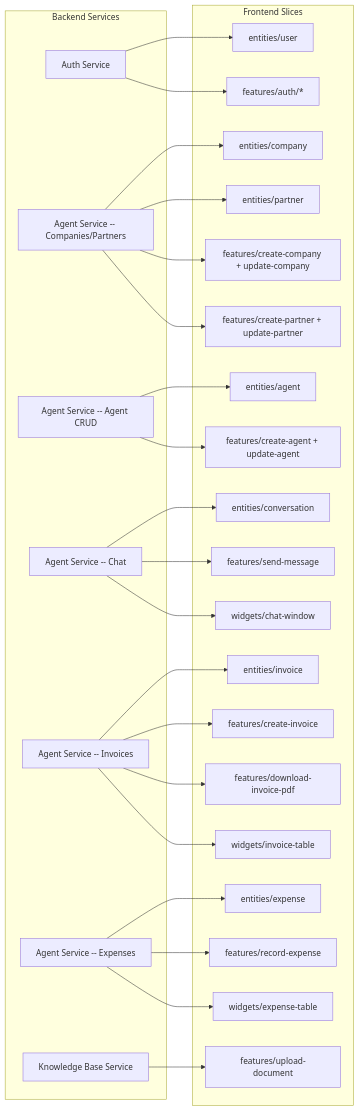
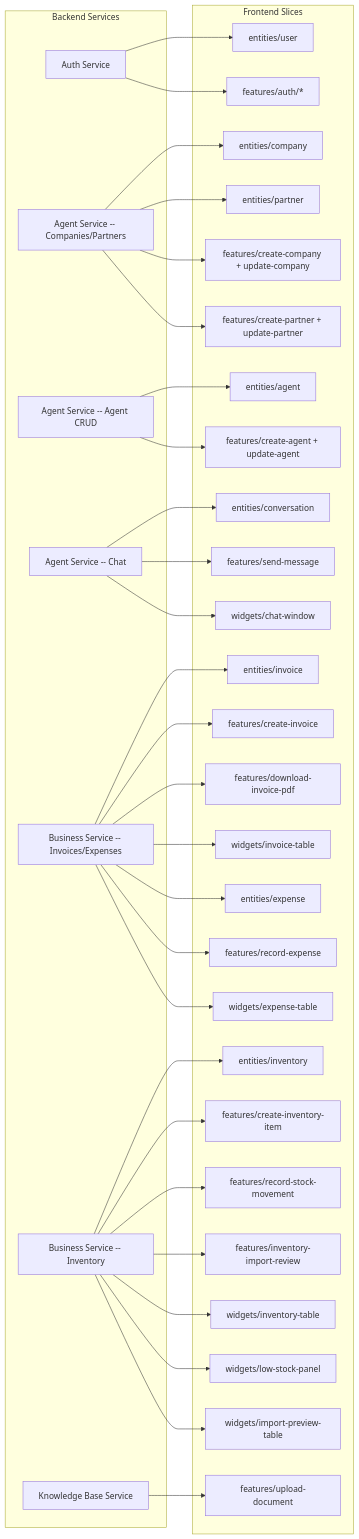
The third of 7 diagrams in docs/frontend/architecture.md (valiobar/agents), drawn with Mermaid before and after one commit. The commit also changed other lines of this file and 251 other files, not shown here.

First line of the commit message:
Add Inventory and Router Agent documentation

````diff
--- a/docs/frontend/architecture.md
+++ b/docs/frontend/architecture.md
@@ -246,54 +270,68 @@
 ```mermaid
 graph LR
     subgraph backend [Backend Services]
         AuthSvc[Auth Service]
         AgentSvcCompanies[Agent Service -- Companies/Partners]
         AgentSvcCRUD[Agent Service -- Agent CRUD]
         AgentSvcChat[Agent Service -- Chat]
-        AgentSvcInv[Agent Service -- Invoices]
-        AgentSvcExp[Agent Service -- Expenses]
+        BusinessSvcFin[Business Service -- Invoices/Expenses]
+        BusinessSvcInv[Business Service -- Inventory]
         KBSvc[Knowledge Base Service]
     end
 
     subgraph frontend [Frontend Slices]
         EntUser["entities/user"]
         FeatAuth["features/auth/*"]
         EntCompany["entities/company"]
         EntPartner["entities/partner"]
         FeatCompany["features/create-company + update-company"]
         FeatPartner["features/create-partner + update-partner"]
         EntAgent["entities/agent"]
         FeatAgentCrud["features/create-agent + update-agent"]
         EntConv["entities/conversation"]
         FeatSendMsg["features/send-message"]
         WidgetChat["widgets/chat-window"]
         EntInvoice["entities/invoice"]
         FeatCreateInv["features/create-invoice"]
         FeatDownloadInvPdf["features/download-invoice-pdf"]
         WidgetInvTable["widgets/invoice-table"]
         EntExpense["entities/expense"]
         FeatRecordExp["features/record-expense"]
         WidgetExpTable["widgets/expense-table"]
+        EntInventory["entities/inventory"]
+        FeatCreateInventory["features/create-inventory-item"]
+        FeatRecordMovement["features/record-stock-movement"]
+        FeatImportReview["features/inventory-import-review"]
+        WidgetInventoryTable["widgets/inventory-table"]
+        WidgetLowStock["widgets/low-stock-panel"]
+        WidgetImportPreview["widgets/import-preview-table"]
         FeatUploadDoc["features/upload-document"]
     end
 
     AuthSvc --> EntUser
     AuthSvc --> FeatAuth
     AgentSvcCompanies --> EntCompany
     AgentSvcCompanies --> EntPartner
     AgentSvcCompanies --> FeatCompany
     AgentSvcCompanies --> FeatPartner
     AgentSvcCRUD --> EntAgent
     AgentSvcCRUD --> FeatAgentCrud
     AgentSvcChat --> EntConv
     AgentSvcChat --> FeatSendMsg
     AgentSvcChat --> WidgetChat
-    AgentSvcInv --> EntInvoice
-    AgentSvcInv --> FeatCreateInv
-    AgentSvcInv --> FeatDownloadInvPdf
-    AgentSvcInv --> WidgetInvTable
-    AgentSvcExp --> EntExpense
-    AgentSvcExp --> FeatRecordExp
-    AgentSvcExp --> WidgetExpTable
+    BusinessSvcFin --> EntInvoice
+    BusinessSvcFin --> FeatCreateInv
+    BusinessSvcFin --> FeatDownloadInvPdf
+    BusinessSvcFin --> WidgetInvTable
+    BusinessSvcFin --> EntExpense
+    BusinessSvcFin --> FeatRecordExp
+    BusinessSvcFin --> WidgetExpTable
+    BusinessSvcInv --> EntInventory
+    BusinessSvcInv --> FeatCreateInventory
+    BusinessSvcInv --> FeatRecordMovement
+    BusinessSvcInv --> FeatImportReview
+    BusinessSvcInv --> WidgetInventoryTable
+    BusinessSvcInv --> WidgetLowStock
+    BusinessSvcInv --> WidgetImportPreview
     KBSvc --> FeatUploadDoc
 ```
````
